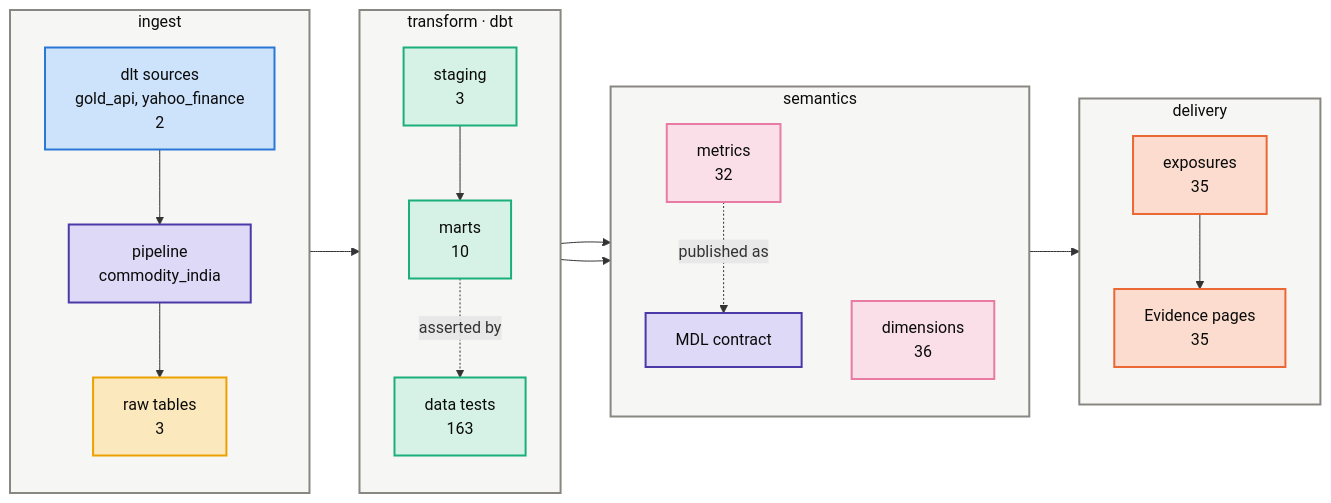
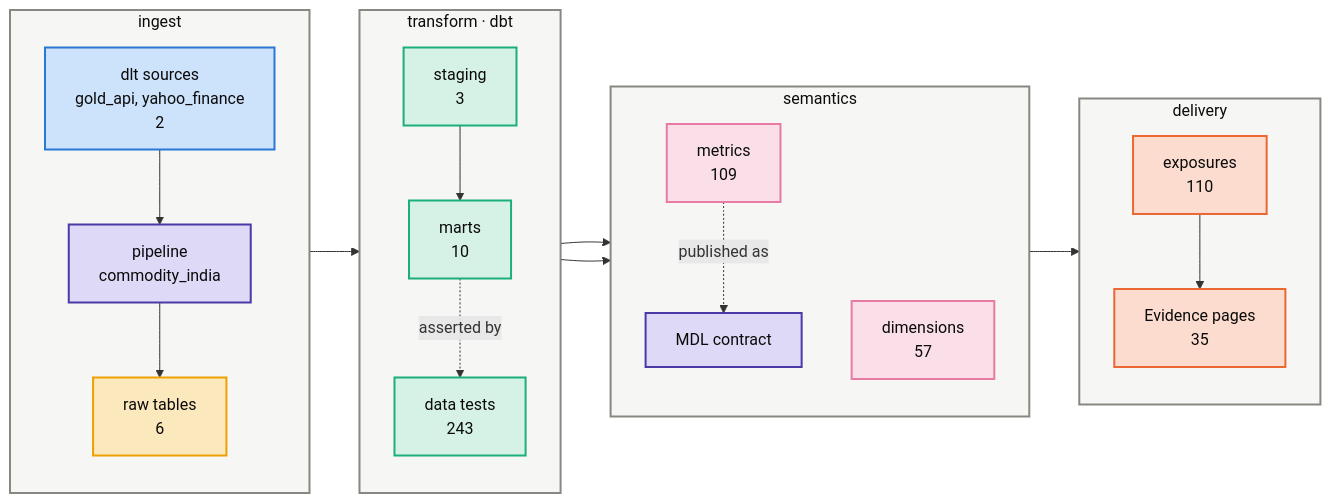
The first of 3 diagrams in groups/commodity/projects/commodity-india/kg/architecture.md (Atomz-org/data-platform), drawn with Mermaid before and after one commit. The commit also changed other lines of this file and 6 other files, not shown here.

````diff
--- a/groups/commodity/projects/commodity-india/kg/architecture.md
+++ b/groups/commodity/projects/commodity-india/kg/architecture.md
@@ -10,41 +10,41 @@
 ```mermaid
 flowchart LR
     subgraph LI["ingest"]
         direction TB
         I1["dlt sources<br/>gold_api, yahoo_finance<br/>2"]:::ingress
         I2["pipeline<br/>commodity_india"]:::platform
-        I3["raw tables<br/>3"]:::raw
+        I3["raw tables<br/>6"]:::raw
     end
     subgraph LT["transform · dbt"]
         direction TB
         T1["staging<br/>3"]:::model
         T2["marts<br/>10"]:::model
-        T3["data tests<br/>163"]:::model
+        T3["data tests<br/>243"]:::model
     end
     subgraph LS["semantics"]
         direction TB
-        S1["metrics<br/>32"]:::metric
-        S2["dimensions<br/>36"]:::metric
+        S1["metrics<br/>109"]:::metric
+        S2["dimensions<br/>57"]:::metric
         S3["MDL contract"]:::platform
     end
     subgraph LD["delivery"]
         direction TB
-        D1["exposures<br/>35"]:::exposure
+        D1["exposures<br/>110"]:::exposure
         D2["Evidence pages<br/>35"]:::exposure
     end
     I1 --> I2 --> I3 --> T1 --> T2
     T2 --> S1 --> D1 --> D2
     T2 --> S2
     S1 -.published as.-> S3
     T2 -.asserted by.-> T3
     classDef ingress fill:#cde2fb,stroke:#2a78d6,stroke-width:2px,color:#0b0b0b
     classDef platform fill:#ded9f7,stroke:#4a3aa7,stroke-width:2px,color:#0b0b0b
     classDef raw fill:#fbe8bd,stroke:#eda100,stroke-width:2px,color:#0b0b0b
     classDef model fill:#d6f2e6,stroke:#1baf7a,stroke-width:2px,color:#0b0b0b
     classDef metric fill:#fadfe8,stroke:#e87ba4,stroke-width:2px,color:#0b0b0b
     classDef exposure fill:#fbdccf,stroke:#eb6834,stroke-width:2px,color:#0b0b0b
     classDef neutral fill:#e8e7e2,stroke:#898781,stroke-width:2px,color:#0b0b0b
     classDef project fill:#e3eefc,stroke:#2a78d6,stroke-width:2px,color:#0b0b0b
     classDef lane fill:#f6f6f4,stroke:#898781,stroke-width:2px,color:#0b0b0b
     class LI,LT,LS,LD lane
 ```
````
